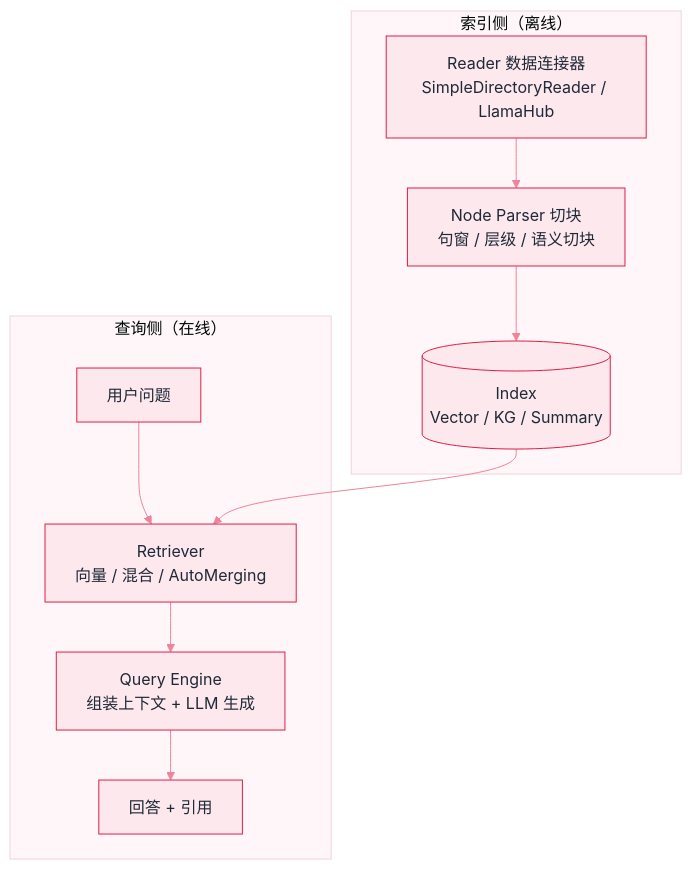
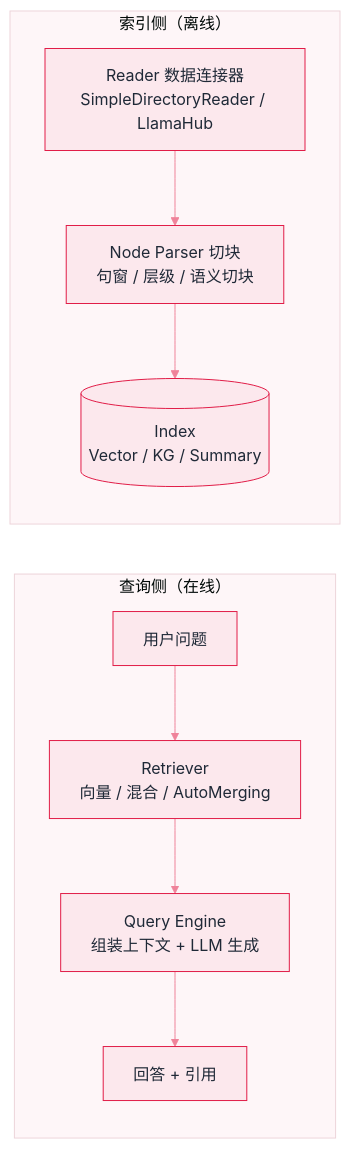
Before and after one commit to funny8kids/ai-agent-handbook: the diagram in docs/09-frameworks/llamaindex.md, drawn with Mermaid. The commit also changed other lines of this file and 45 other files, not shown here.

First line of the commit message:
Thicken 12 thin pages, clear 25 over-width diagrams, re-proportion 10 thin-ribbon diagrams

````diff
--- a/docs/09-frameworks/llamaindex.md
+++ b/docs/09-frameworks/llamaindex.md
@@ -39,14 +39,13 @@
 ```mermaid
 %%{init: {"theme":"base","themeVariables":{"primaryColor":"#FCE8ED","primaryBorderColor":"#E11D48","primaryTextColor":"#1F2937","secondaryColor":"#F8CDD7","tertiaryColor":"#FEF6F8","lineColor":"#EF839A","actorBkg":"#FDEDF0","actorBorder":"#E11D48","actorTextColor":"#1F2937","signalColor":"#EA617F","noteBkgColor":"#FAD6DE","noteBorderColor":"#E11D48","noteTextColor":"#1F2937","labelBoxBkgColor":"#FCE8ED","labelBoxBorderColor":"#E11D48"}}}%%
-flowchart TD
-  subgraph OFF["索引侧（离线）"]
-    RD["Reader 数据连接器<br/>SimpleDirectoryReader / LlamaHub"] --> NParser["Node Parser 切块<br/>句窗 / 层级 / 语义切块"]
-    NParser --> IDX[("Index<br/>Vector / KG / Summary")]
-  end
+flowchart LR
   subgraph ON["查询侧（在线）"]
     Q[用户问题] --> RET["Retriever<br/>向量 / 混合 / AutoMerging"]
     RET --> SYN["Query Engine<br/>组装上下文 + LLM 生成"]
     SYN --> ANS["回答 + 引用"]
   end
-  IDX --> RET
+  subgraph OFF["索引侧（离线）"]
+    RD["Reader 数据连接器<br/>SimpleDirectoryReader / LlamaHub"] --> NParser["Node Parser 切块<br/>句窗 / 层级 / 语义切块"]
+    NParser --> IDX[("Index<br/>Vector / KG / Summary")]
+  end
 ```
````
